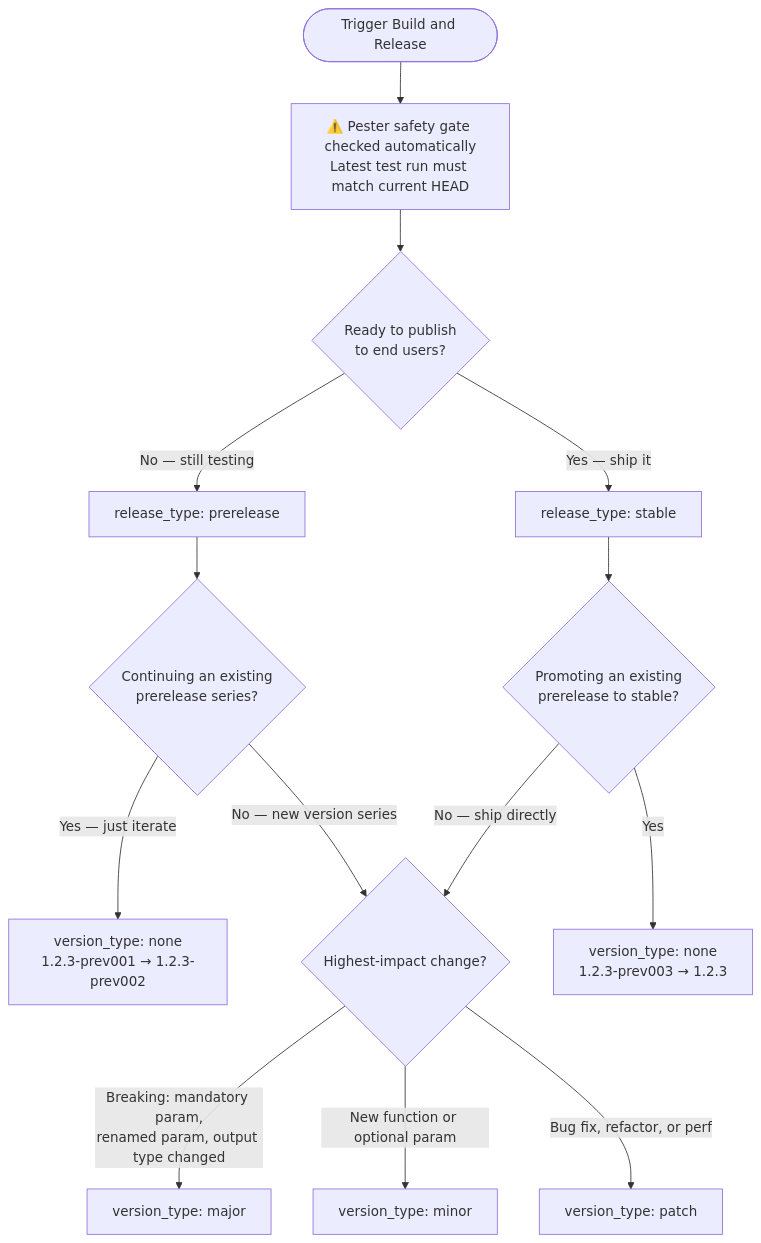
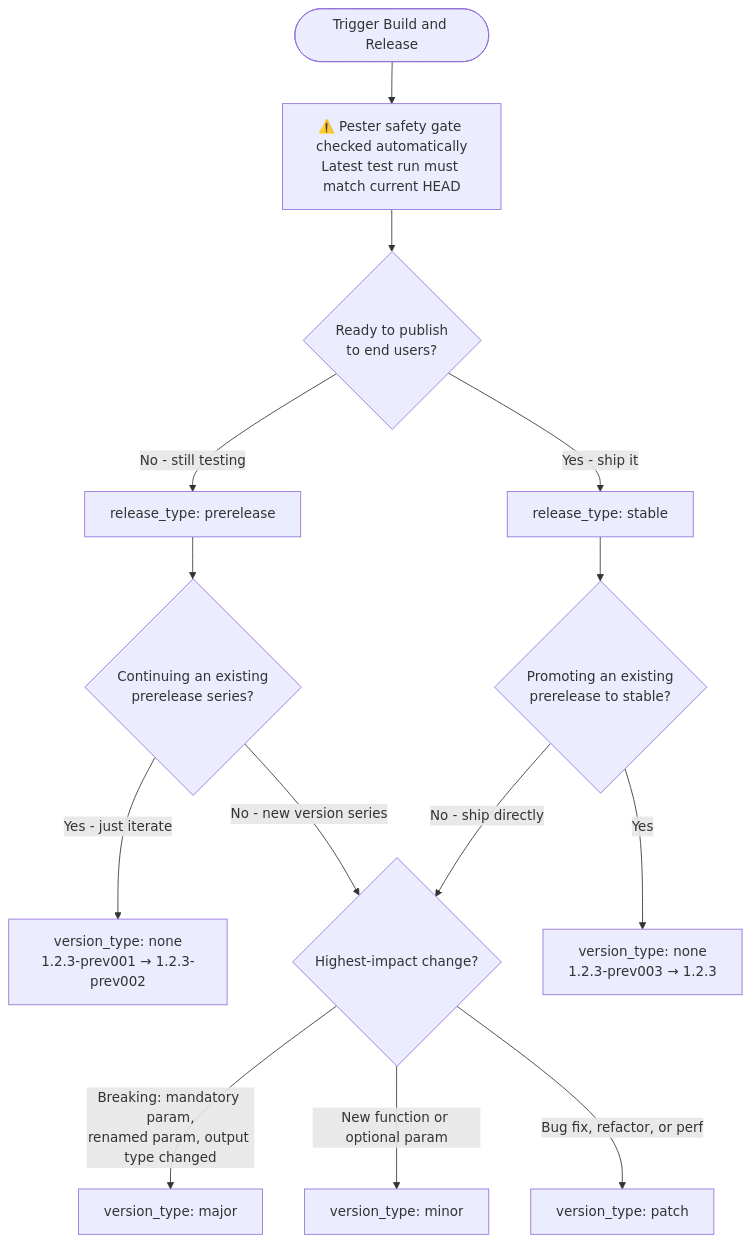
The diagram in docs/build-and-release.md (adrian-andersson/ModuleForge), drawn with Mermaid before and after one commit. The commit also changed other lines of this file and 17 other files, not shown here.

````diff
--- a/docs/build-and-release.md
+++ b/docs/build-and-release.md
@@ -49,20 +49,20 @@
 ```mermaid
 flowchart TD
     A([Trigger Build and Release]) --> GATE["⚠️ Pester safety gate checked automatically\nLatest test run must match current HEAD"]
     GATE --> RT{Ready to publish\nto end users?}
 
-    RT -->|No — still testing| PRE[release_type: prerelease]
-    RT -->|Yes — ship it| STA[release_type: stable]
+    RT -->|No - still testing| PRE[release_type: prerelease]
+    RT -->|Yes - ship it| STA[release_type: stable]
 
     PRE --> PC{Continuing an existing\nprerelease series?}
-    PC -->|Yes — just iterate| NONE_P["version_type: none\n1.2.3-prev001 → 1.2.3-prev002"]
-    PC -->|No — new version series| VT{Highest-impact change?}
+    PC -->|Yes - just iterate| NONE_P["version_type: none\n1.2.3-prev001 → 1.2.3-prev002"]
+    PC -->|No - new version series| VT{Highest-impact change?}
 
     STA --> SC{Promoting an existing\nprerelease to stable?}
     SC -->|Yes| NONE_S["version_type: none\n1.2.3-prev003 → 1.2.3"]
-    SC -->|No — ship directly| VT
+    SC -->|No - ship directly| VT
 
     VT -->|"Breaking: mandatory param,\nrenamed param, output type changed"| MAJ[version_type: major]
     VT -->|New function or optional param| MIN[version_type: minor]
     VT -->|Bug fix, refactor, or perf| PAT[version_type: patch]
 ```
````
